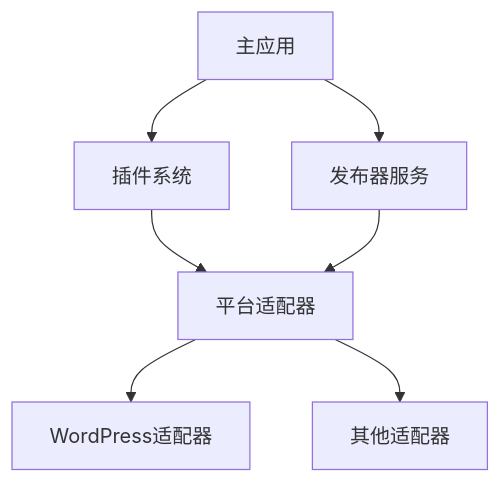
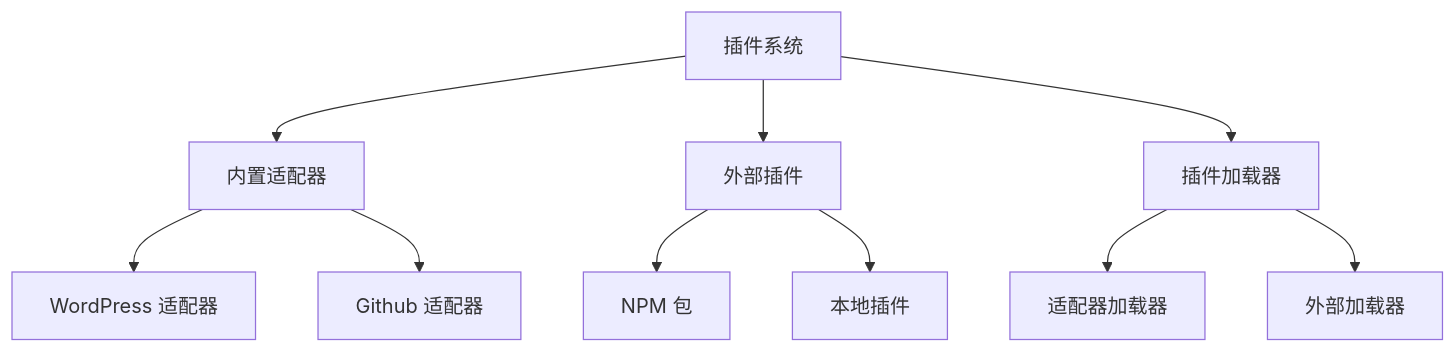
The diagram in DEVELOPMENT_zh_CN.md (terwer/siyuan-plugin-publisher), drawn with Mermaid before and after one commit. The commit also changed other lines of this file and 12 other files, not shown here.

````diff
--- a/DEVELOPMENT_zh_CN.md
+++ b/DEVELOPMENT_zh_CN.md
@@ -35,9 +36,12 @@
 ```mermaid
 graph TD
-    A[主应用] --> B[插件系统]
-    A --> C[发布器服务]
-    B --> D[平台适配器]
-    C --> D
-    D --> E[WordPress适配器]
-    D --> F[其他适配器]
+    A[插件系统] --> B[内置适配器]
+    A --> C[外部插件]
+    B --> D[WordPress 适配器]
+    B --> E[Github 适配器]
+    C --> F[NPM 包]
+    C --> G[本地插件]
+    A --> H[插件加载器]
+    H --> I[适配器加载器]
+    H --> J[外部加载器]
 ```
````
